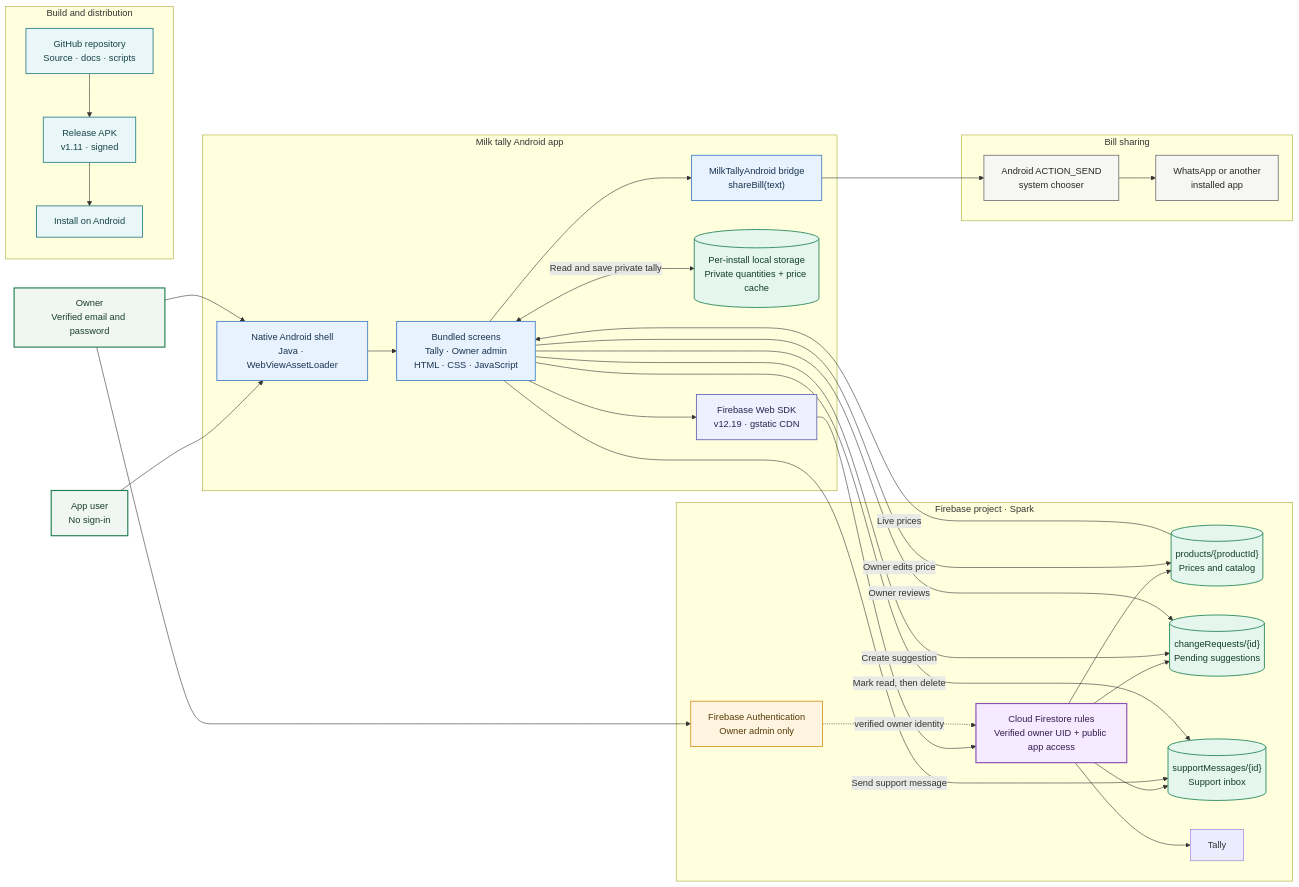
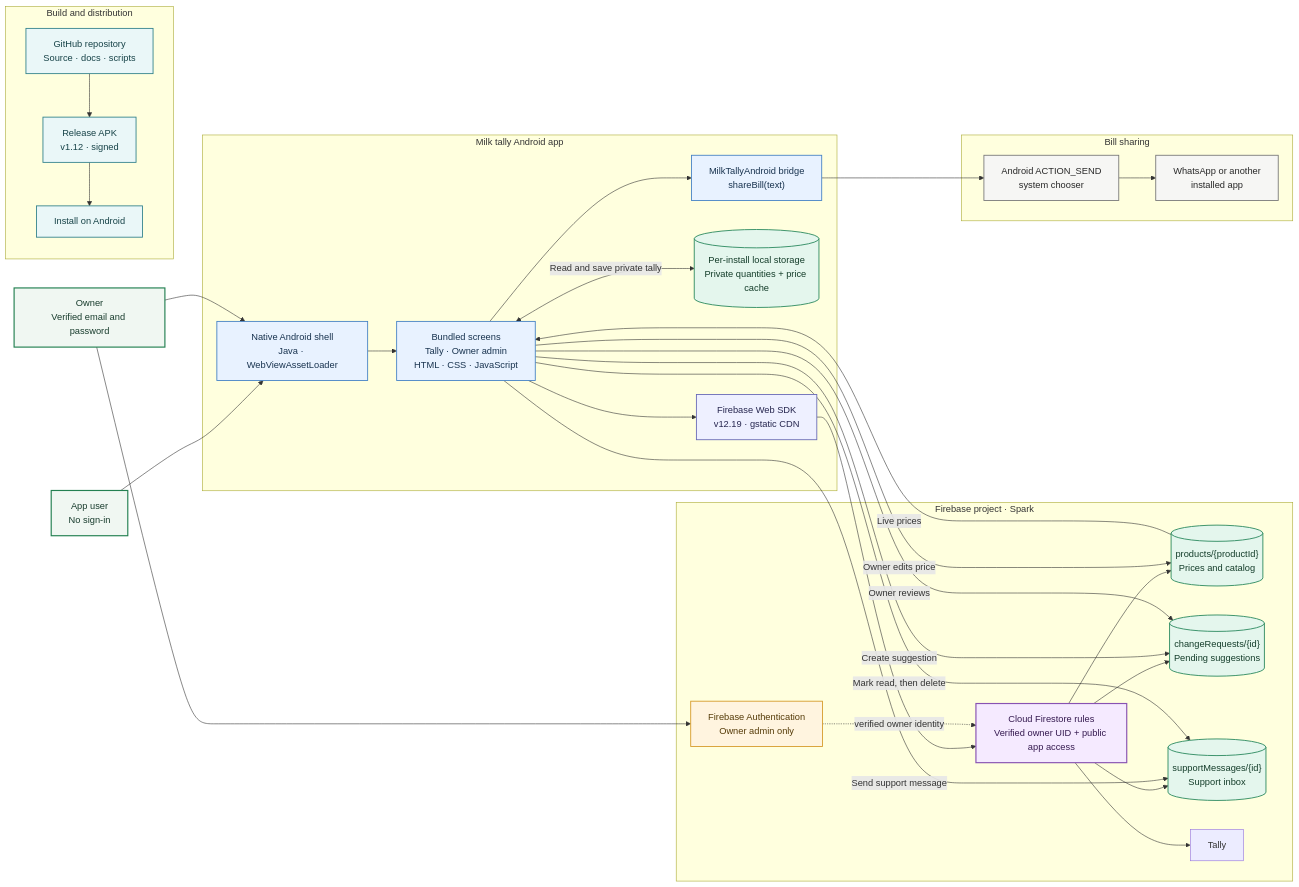
The diagram in docs/system-design.md (PrabhatVrma/milk-tally), drawn with Mermaid before and after one commit. The commit also changed other lines of this file and 14 other files, not shown here.

````diff
--- a/docs/system-design.md
+++ b/docs/system-design.md
@@ -9,63 +9,63 @@
 ```mermaid
 flowchart LR
     Visitor["App user<br/>No sign-in"]:::person
     Owner["Owner<br/>Verified email and password"]:::person
 
     subgraph App["Milk tally Android app"]
         Shell["Native Android shell<br/>Java · WebViewAssetLoader"]:::client
         UI["Bundled screens<br/>Tally · Owner admin<br/>HTML · CSS · JavaScript"]:::client
         SDK["Firebase Web SDK<br/>v12.19 · gstatic CDN"]:::sdk
         LocalTally[("Per-install local storage<br/>Private quantities + price cache")]:::data
         Bridge["MilkTallyAndroid bridge<br/>shareBill(text)"]:::client
         Shell --> UI
         UI --> SDK
         UI <-->|"Read and save private tally"| LocalTally
         UI --> Bridge
     end
 
     subgraph Firebase["Firebase project · Spark"]
         Auth["Firebase Authentication<br/>Owner admin only"]:::auth
         Rules["Cloud Firestore rules<br/>Verified owner UID + public app access"]:::security
         Products[("products/{productId}<br/>Prices and catalog")]:::data
         Requests[("changeRequests/{id}<br/>Pending suggestions")]:::data
         Support[("supportMessages/{id}<br/>Support inbox")]:::data
         SDK --> Rules
         Rules --> Products
         Rules --> Tally
         Rules --> Requests
         Rules --> Support
         Auth -. "verified owner identity" .-> Rules
     end
 
     subgraph Sharing["Bill sharing"]
         Chooser["Android ACTION_SEND<br/>system chooser"]:::external
         WhatsApp["WhatsApp or another<br/>installed app"]:::external
         Bridge --> Chooser --> WhatsApp
     end
 
     subgraph Delivery["Build and distribution"]
         Repo["GitHub repository<br/>Source · docs · scripts"]:::delivery
-        APK["Release APK<br/>v1.11 · signed"]:::delivery
+        APK["Release APK<br/>v1.12 · signed"]:::delivery
         Phone["Install on Android"]:::delivery
         Repo --> APK --> Phone
     end
 
     Visitor --> Shell
     Owner --> Shell
     Owner --> Auth
     Products -->|"Live prices"| UI
     UI -->|"Create suggestion"| Requests
     UI -->|"Send support message"| Support
     UI -->|"Owner edits price"| Products
     UI -->|"Owner reviews"| Requests
     UI -->|"Mark read, then delete"| Support
 
     classDef person fill:#f0f7f2,stroke:#248052,color:#183c2d,stroke-width:2px
     classDef client fill:#e8f2ff,stroke:#4380c4,color:#18334f,stroke-width:1.5px
     classDef sdk fill:#eef0ff,stroke:#6667b5,color:#26264f,stroke-width:1.5px
     classDef auth fill:#fff4df,stroke:#d59a28,color:#553b08,stroke-width:1.5px
     classDef security fill:#f5eaff,stroke:#8852b2,color:#351a50,stroke-width:2px
     classDef data fill:#e4f6ed,stroke:#26865a,color:#143d2a,stroke-width:1.5px
     classDef external fill:#f6f6f4,stroke:#777,color:#282828,stroke-width:1.5px
     classDef delivery fill:#eaf7f8,stroke:#31818a,color:#174348,stroke-width:1.5px
 ```
````
